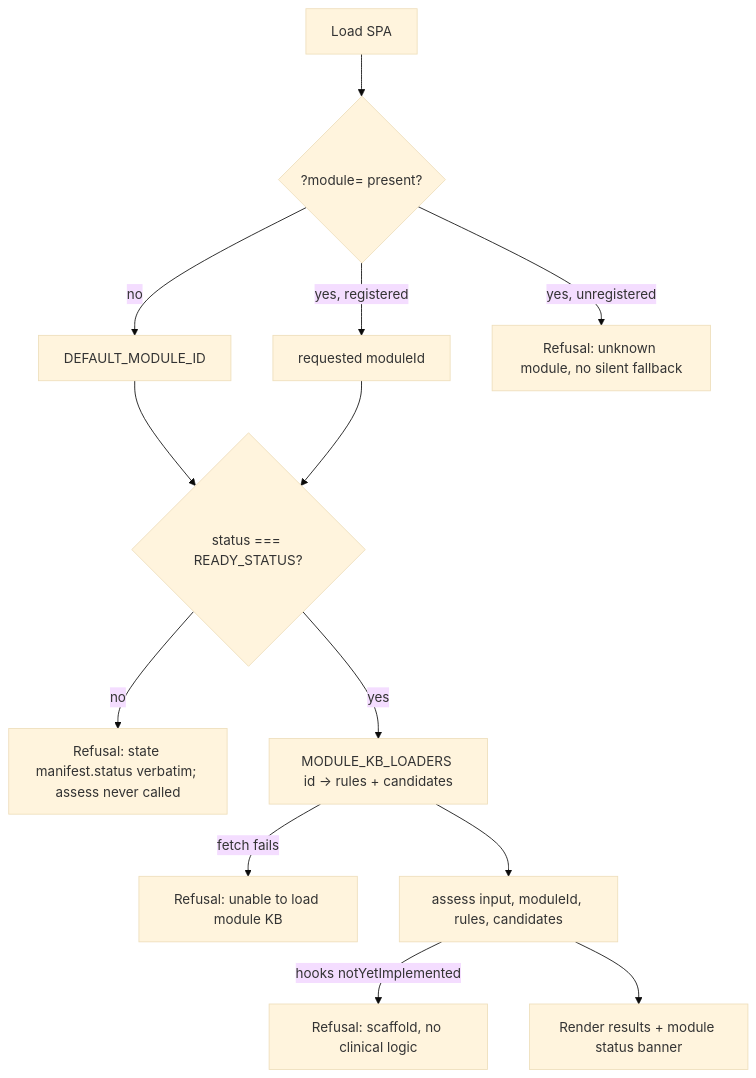
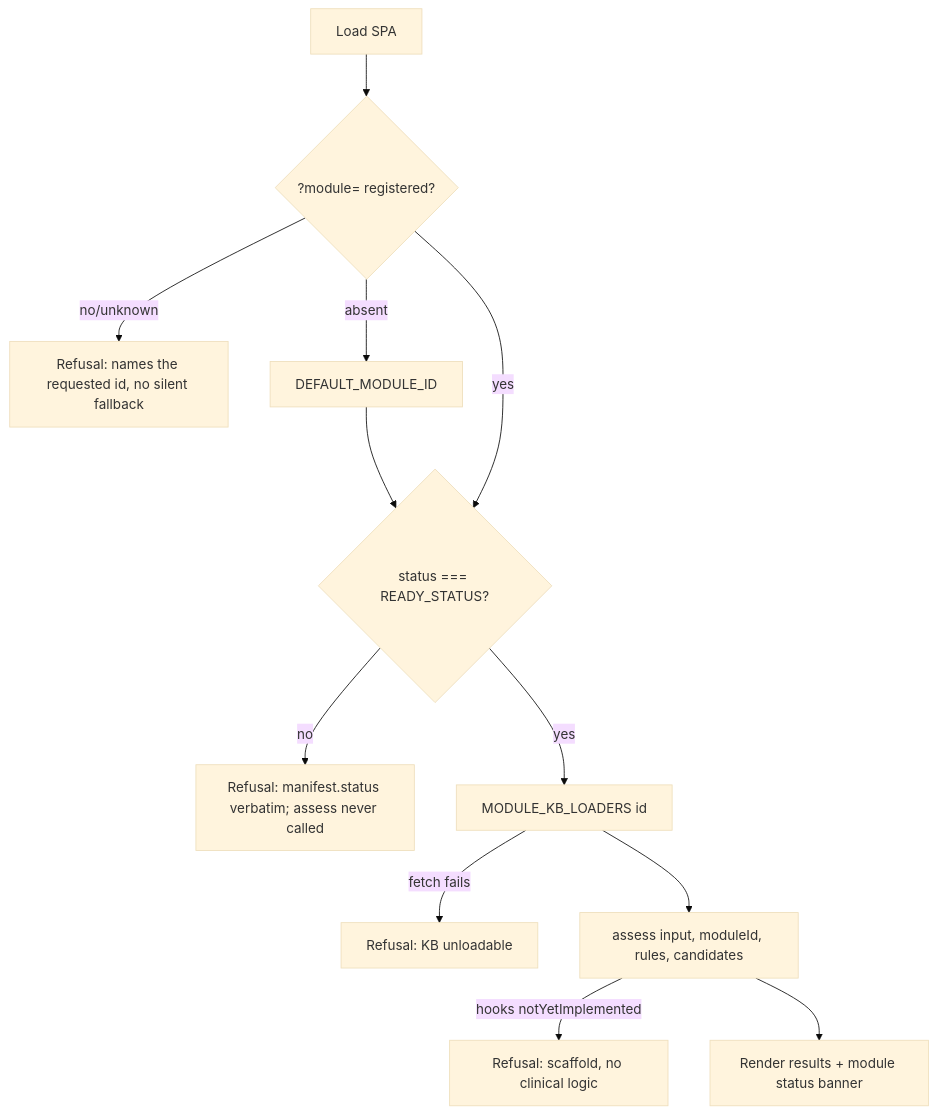
One commit to miethe/pediatric-anemia-site changed the diagram in docs/project_plans/PRDs/features/spa-module-switcher-v1.md. Above: the diagram before and after it, drawn with Mermaid (base theme). The commit also changed other lines of this file and 13 other files, not shown here.

````diff
--- a/docs/project_plans/PRDs/features/spa-module-switcher-v1.md
+++ b/docs/project_plans/PRDs/features/spa-module-switcher-v1.md
@@ -243,15 +229,12 @@
 ```mermaid
 graph TD
-    A[Load SPA] --> B{?module= present?}
-    B -- no --> C[DEFAULT_MODULE_ID]
-    B -- yes, registered --> D[requested moduleId]
-    B -- yes, unregistered --> R1[Refusal: unknown module, no silent fallback]
-    C --> E{status === READY_STATUS?}
-    D --> E
-    E -- no --> R2[Refusal: state manifest.status verbatim; assess never called]
-    E -- yes --> F[MODULE_KB_LOADERS id → rules + candidates]
-    F -- fetch fails --> R3[Refusal: unable to load module KB]
+    A[Load SPA] --> B{?module= registered?}
+    B -- no/unknown --> R1[Refusal: names the requested id, no silent fallback]
+    B -- absent --> C[DEFAULT_MODULE_ID] --> E
+    B -- yes --> E{status === READY_STATUS?}
+    E -- no --> R2[Refusal: manifest.status verbatim; assess never called]
+    E -- yes --> F[MODULE_KB_LOADERS id] -- fetch fails --> R3[Refusal: KB unloadable]
     F --> G[assess input, moduleId, rules, candidates]
     G -- hooks notYetImplemented --> R4[Refusal: scaffold, no clinical logic]
     G --> H[Render results + module status banner]
 ```
````
